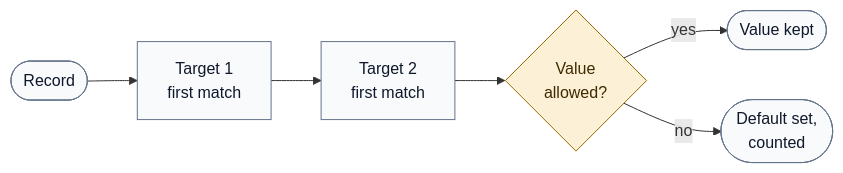
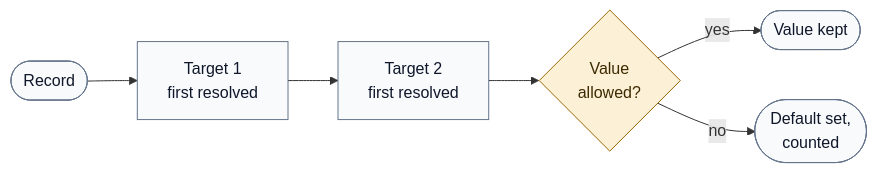
Before and after one commit to hyperi-io/scalo-rs: the diagram in docs/pipeline/rules.md, drawn with Mermaid. The commit also changed other lines of this file and 9 other files, not shown here.

First line of the commit message:
docs(scalo-rs): correct six diagrams and three claims against code

````diff
--- a/docs/pipeline/rules.md
+++ b/docs/pipeline/rules.md
@@ -7,22 +7,22 @@
 ```mermaid
 flowchart LR
     accTitle: L4 Detail -- Rule evaluation
-    accDescr: A record is evaluated target by target in the listed order, and the first matching row in declared order sets each target. With a clamp, the clamped target's final value is kept when it is in the allowed set and replaced by the default, and counted, when it is not.
+    accDescr: A record is evaluated target by target in the listed order, and the first row in declared order that matches and resolves a value sets each target. A matching row that resolves no value is skipped. With a clamp, the clamped target's final value is kept when it is in the allowed set and replaced by the default, and counted, when it is not.
 
     record(["Record"])
-    target_1["Target 1<br/>first match"]
-    target_2["Target 2<br/>first match"]
+    target_1["Target 1<br/>first resolved"]
+    target_2["Target 2<br/>first resolved"]
     clamp{"Value<br/>allowed?"}
     kept(["Value kept"])
     defaulted(["Default set,<br/>counted"])
 
     record --> target_1
     target_1 --> target_2
     target_2 --> clamp
     clamp -->|yes| kept
     clamp -->|no| defaulted
 
     classDef default fill:#F8FAFC,stroke:#64748B,stroke-width:1px,color:#0F172A
     classDef decision fill:#FCF1D6,stroke:#9A6700,stroke-width:1px,color:#3D2A00
     class clamp decision
 ```
````
